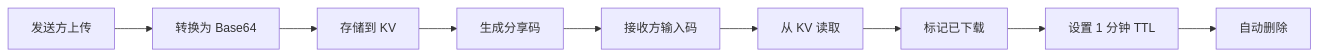
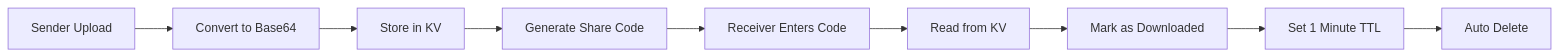
Before and after one commit to isnl/f2f: the diagram in README.md, drawn with Mermaid. The commit also changed other lines of this file and 8 other files, not shown here.

````diff
--- a/README.md
+++ b/README.md
@@ -198,11 +198,11 @@
 ```mermaid
 graph LR
-    A[发送方上传] --> B[转换为 Base64]
-    B --> C[存储到 KV]
-    C --> D[生成分享码]
-    D --> E[接收方输入码]
-    E --> F[从 KV 读取]
-    F --> G[标记已下载]
-    G --> H[设置 1 分钟 TTL]
-    H --> I[自动删除]
+    A[Sender Upload] --> B[Convert to Base64]
+    B --> C[Store in KV]
+    C --> D[Generate Share Code]
+    D --> E[Receiver Enters Code]
+    E --> F[Read from KV]
+    F --> G[Mark as Downloaded]
+    G --> H[Set 1 Minute TTL]
+    H --> I[Auto Delete]
 ```
````
